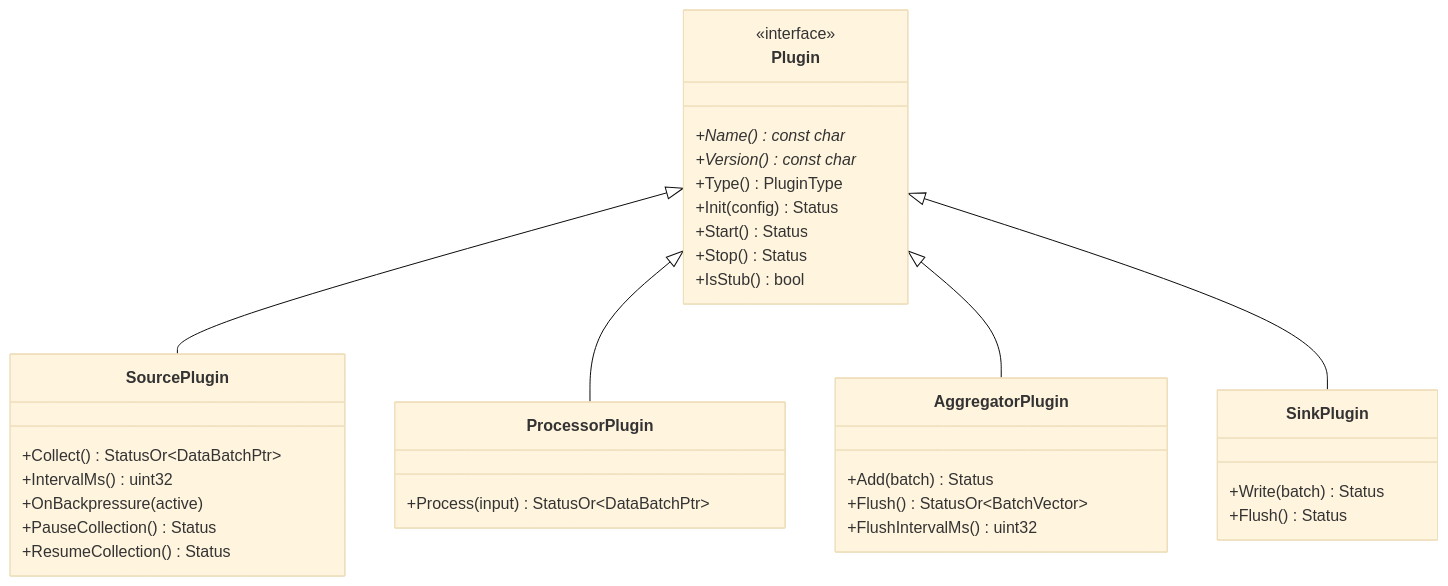
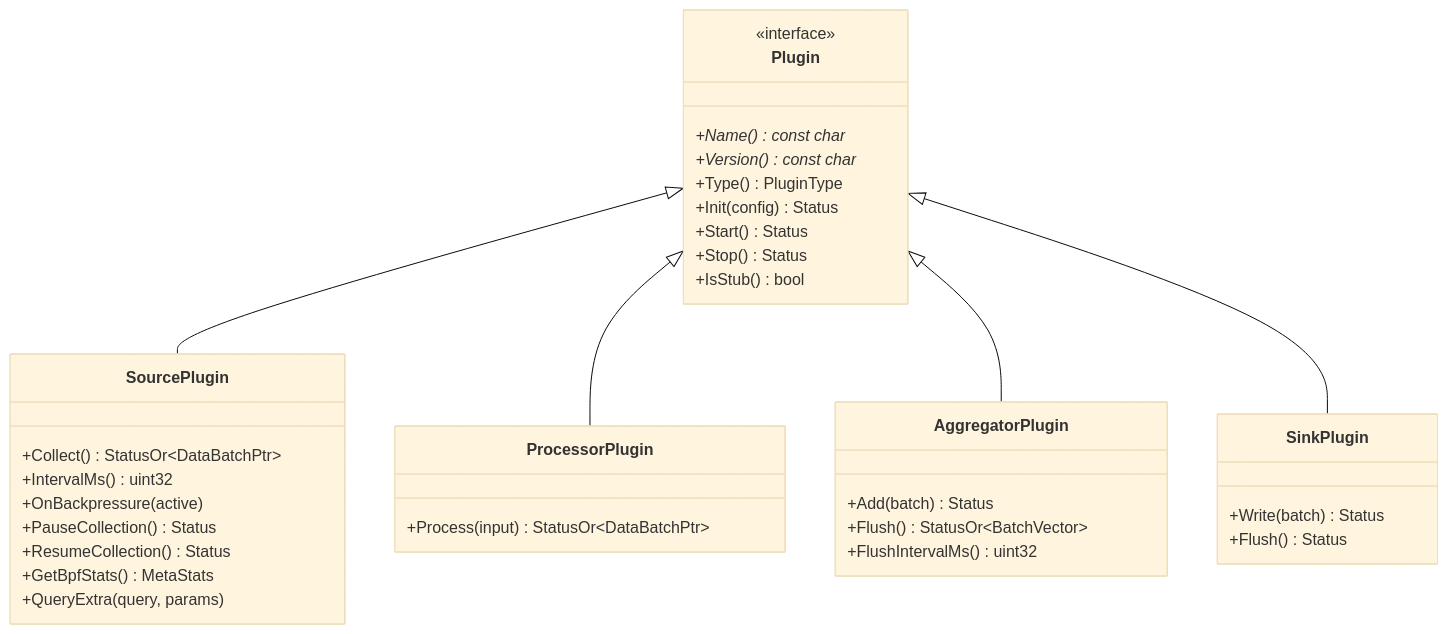
The first of 5 diagrams in docs/document/撰修司/illuminator性能监控平台/设计方案/03-plugin-system.md (Franch-Toast/Scriptorium), drawn with Mermaid (base theme) before and after one commit. The commit also changed other lines of this file and 20 other files, not shown here.

````diff
--- a/docs/document/撰修司/illuminator性能监控平台/设计方案/03-plugin-system.md
+++ b/docs/document/撰修司/illuminator性能监控平台/设计方案/03-plugin-system.md
@@ -19,37 +24,39 @@
 ```mermaid
 %%{init: {"class":{"useMaxWidth":false},"state":{"useMaxWidth":false}}}%%
 classDiagram
     class Plugin {
         <<interface>>
         +Name() const char*
         +Version() const char*
         +Type() PluginType
         +Init(config) Status
         +Start() Status
         +Stop() Status
         +IsStub() bool
     }
     class SourcePlugin {
         +Collect() StatusOr~DataBatchPtr~
         +IntervalMs() uint32
         +OnBackpressure(active)
         +PauseCollection() Status
         +ResumeCollection() Status
+        +GetBpfStats() MetaStats
+        +QueryExtra(query, params)
     }
     class ProcessorPlugin {
         +Process(input) StatusOr~DataBatchPtr~
     }
     class AggregatorPlugin {
         +Add(batch) Status
         +Flush() StatusOr~BatchVector~
         +FlushIntervalMs() uint32
     }
     class SinkPlugin {
         +Write(batch) Status
         +Flush() Status
     }
     Plugin <|-- SourcePlugin
     Plugin <|-- ProcessorPlugin
     Plugin <|-- AggregatorPlugin
     Plugin <|-- SinkPlugin
 ```
````
